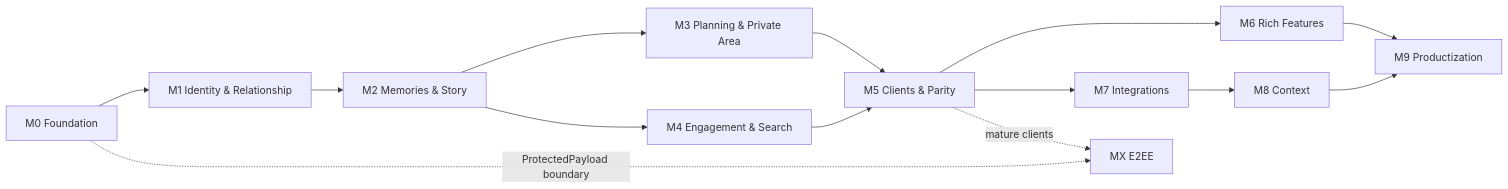
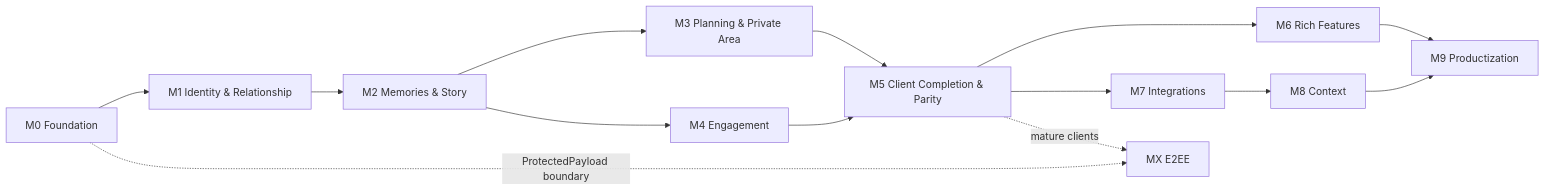
Before and after one commit to baerenmarke90/SideBySide-Next: the diagram in docs/ROADMAP.md, drawn with Mermaid. The commit also changed other lines of this file, not shown here.

Commit message:
Align roadmap with passed G1 and M2-S0

````diff
--- a/docs/ROADMAP.md
+++ b/docs/ROADMAP.md
@@ -178,16 +121,16 @@
 ```mermaid
 flowchart LR
   M0[M0 Foundation] --> M1[M1 Identity & Relationship]
   M1 --> M2[M2 Memories & Story]
   M2 --> M3[M3 Planning & Private Area]
-  M2 --> M4[M4 Engagement & Search]
-  M3 --> M5[M5 Clients & Parity]
+  M2 --> M4[M4 Engagement]
+  M3 --> M5[M5 Client Completion & Parity]
   M4 --> M5
   M5 --> M6[M6 Rich Features]
   M5 --> M7[M7 Integrations]
   M7 --> M8[M8 Context]
   M6 --> M9[M9 Productization]
   M8 --> M9
   M0 -. ProtectedPayload boundary .-> MX[MX E2EE]
   M5 -. mature clients .-> MX
 ```
````
